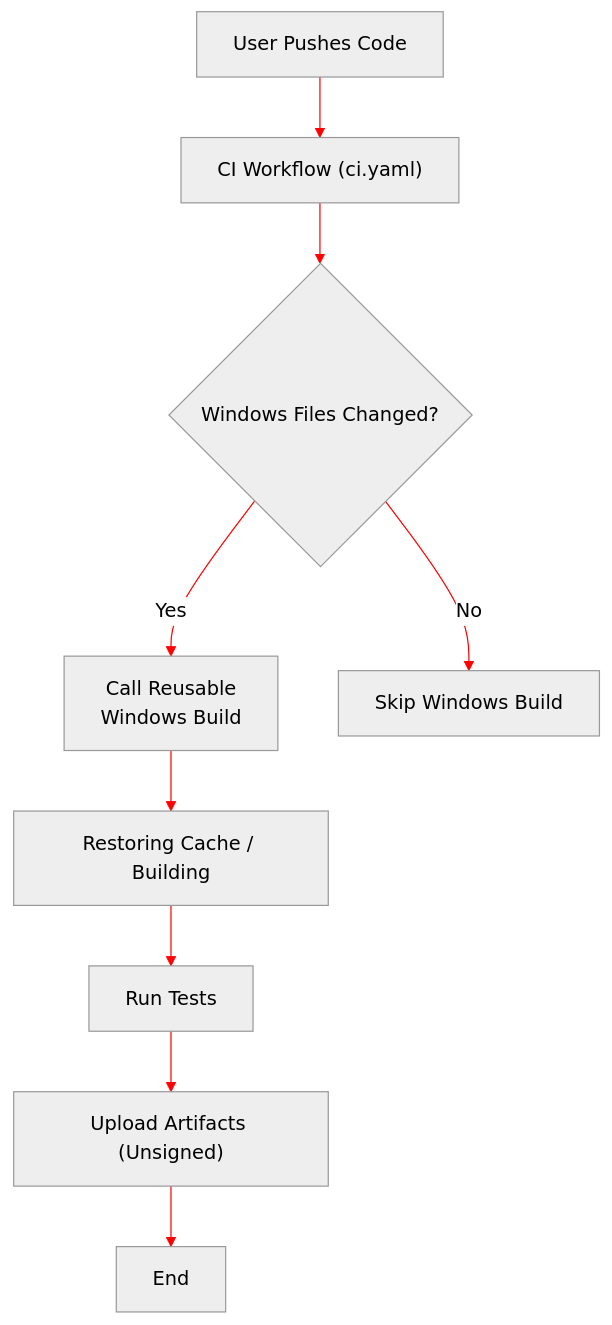
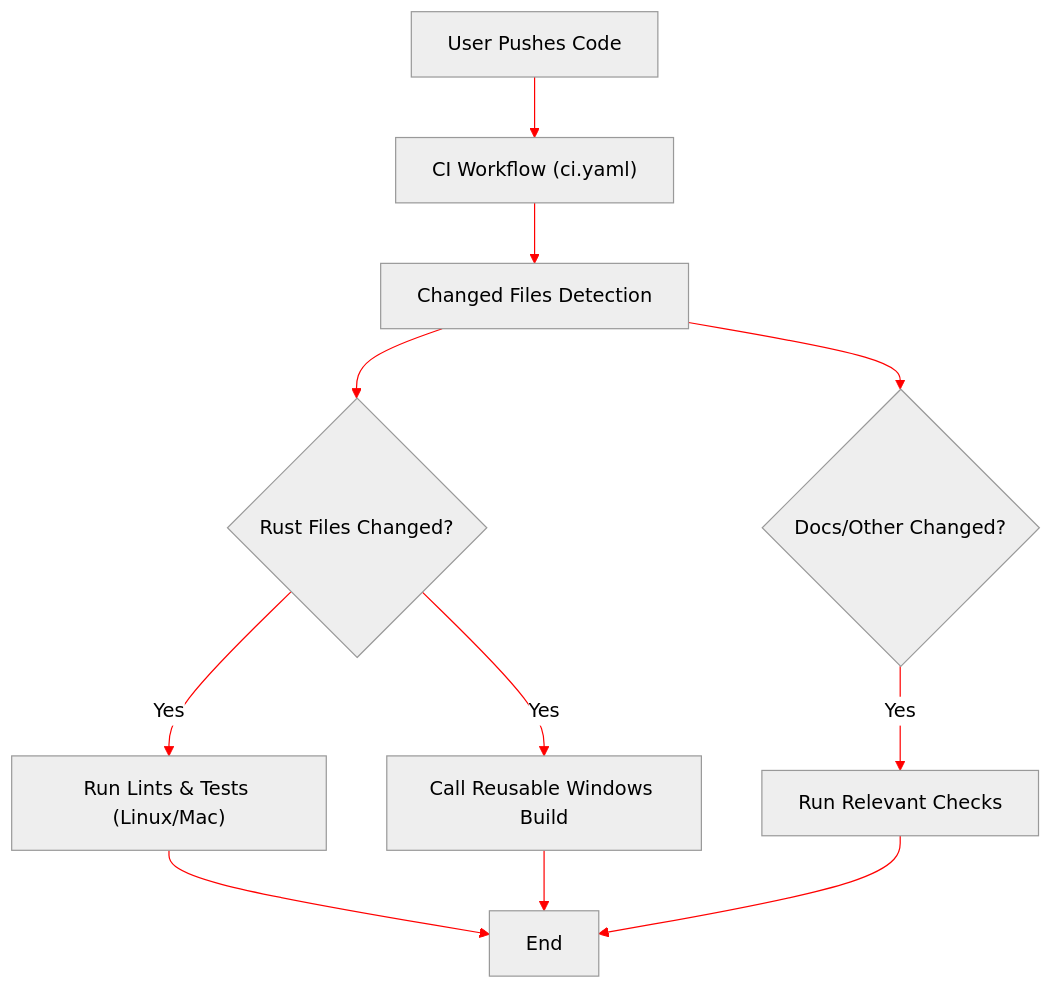
One commit to metalbear-co/mirrord changed the first of 2 diagrams in .github/workflows/README.md. Above: the diagram before and after it, drawn with Mermaid. The commit also changed other lines of this file and 3 other files, not shown here.

````diff
--- a/.github/workflows/README.md
+++ b/.github/workflows/README.md
@@ -11,12 +12,14 @@
 ```mermaid
 %%{init: {'theme': 'neutral', 'themeVariables': {'lineColor': '#f00'}}}%%
 graph TD
     A["User Pushes Code"] --> B["CI Workflow (ci.yaml)"]
-    B --> C{"Windows Files Changed?"}
-    C -->|Yes| D["Call Reusable<br>Windows Build"]
-    C -->|No| E["Skip Windows Build"]
-    D --> F["Restoring Cache / Building"]
-    F --> G["Run Tests"]
-    G --> H["Upload Artifacts (Unsigned)"]
-    H --> I[End]
+    B --> C["Changed Files Detection"]
+    C --> D{"Rust Files Changed?"}
+    D -->|Yes| E["Run Lints & Tests (Linux/Mac)"]
+    D -->|Yes| F["Call Reusable Windows Build"]
+    C --> G{"Docs/Other Changed?"}
+    G -->|Yes| H["Run Relevant Checks"]
+    E --> I[End]
+    F --> I
+    H --> I
 ```
````
